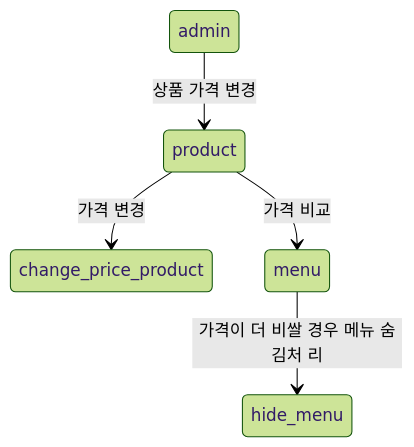
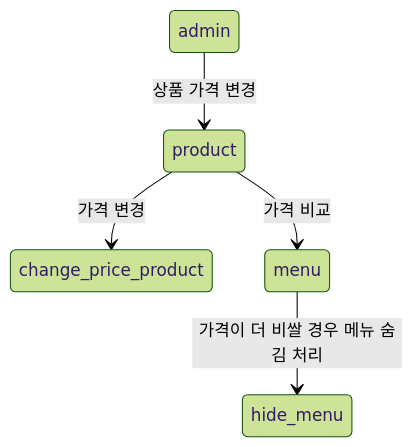
Before and after one commit to Whale0928/ddd-strategic-design: the second of 8 diagrams in README.md, drawn with Mermaid (forest theme). The commit also changed other lines of this file, not shown here.

````diff
--- a/README.md
+++ b/README.md
@@ -211,8 +211,8 @@
 ```mermaid
 stateDiagram-v2
     table: admin
     table --> product: 상품 가격 변경
     product --> change_price_product: 가격 변경
     product --> menu: 가격 비교
-    menu --> hide_menu: 가격이 더 비쌀 경우 메뉴 숨김처 리
+    menu --> hide_menu: 가격이 더 비쌀 경우 메뉴 숨김 처리
 ```
````
